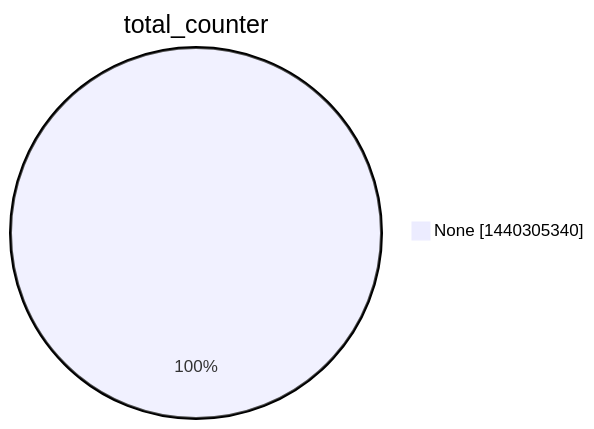
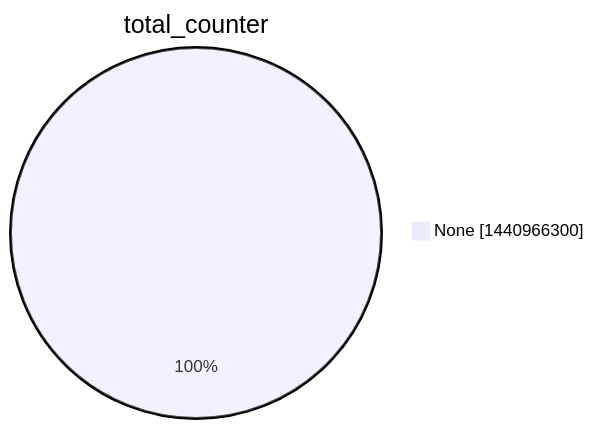
The second of 15 diagrams in argon2022/README.md (christiankrug/ctmonitor_visualization), drawn with Mermaid before and after one commit. The commit also changed other lines of this file, not shown here.

````diff
--- a/argon2022/README.md
+++ b/argon2022/README.md
@@ -9,5 +9,5 @@
 ```mermaid
 pie showData
 title total_counter
-"None" :1440305340
+"None" :1440966300
 ```
````
